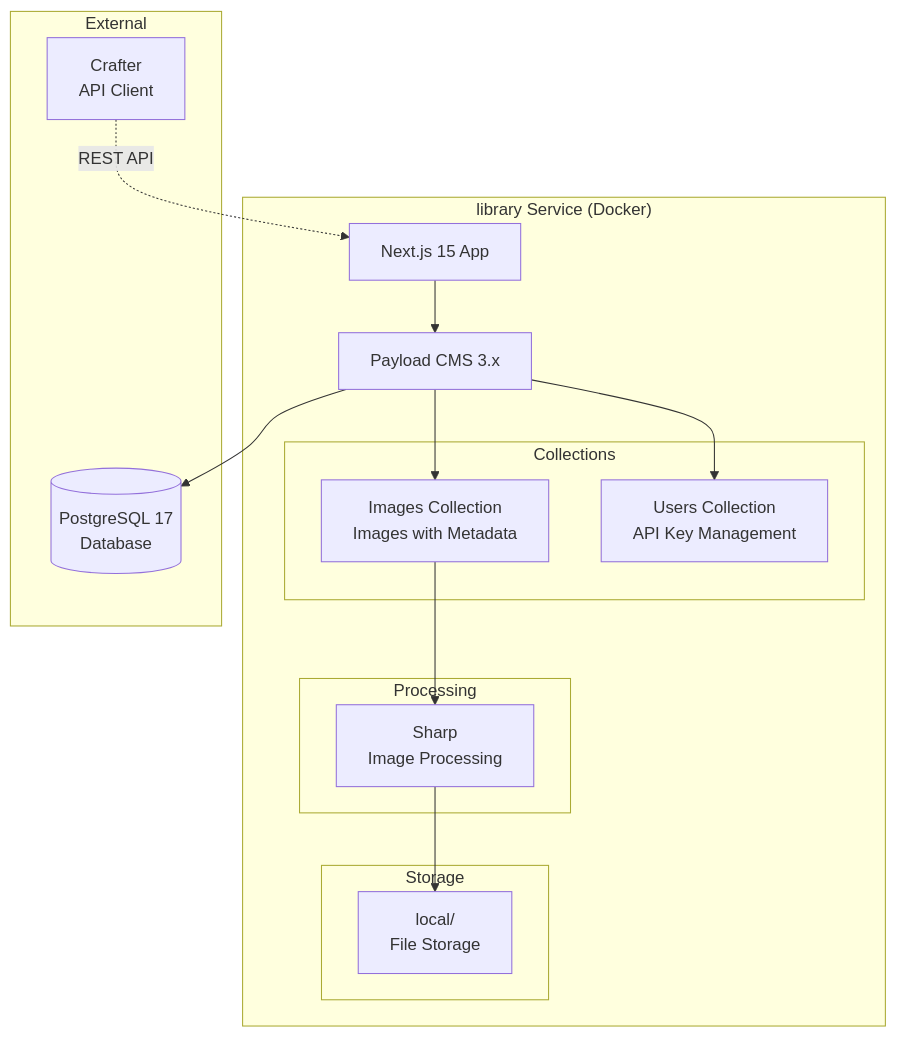
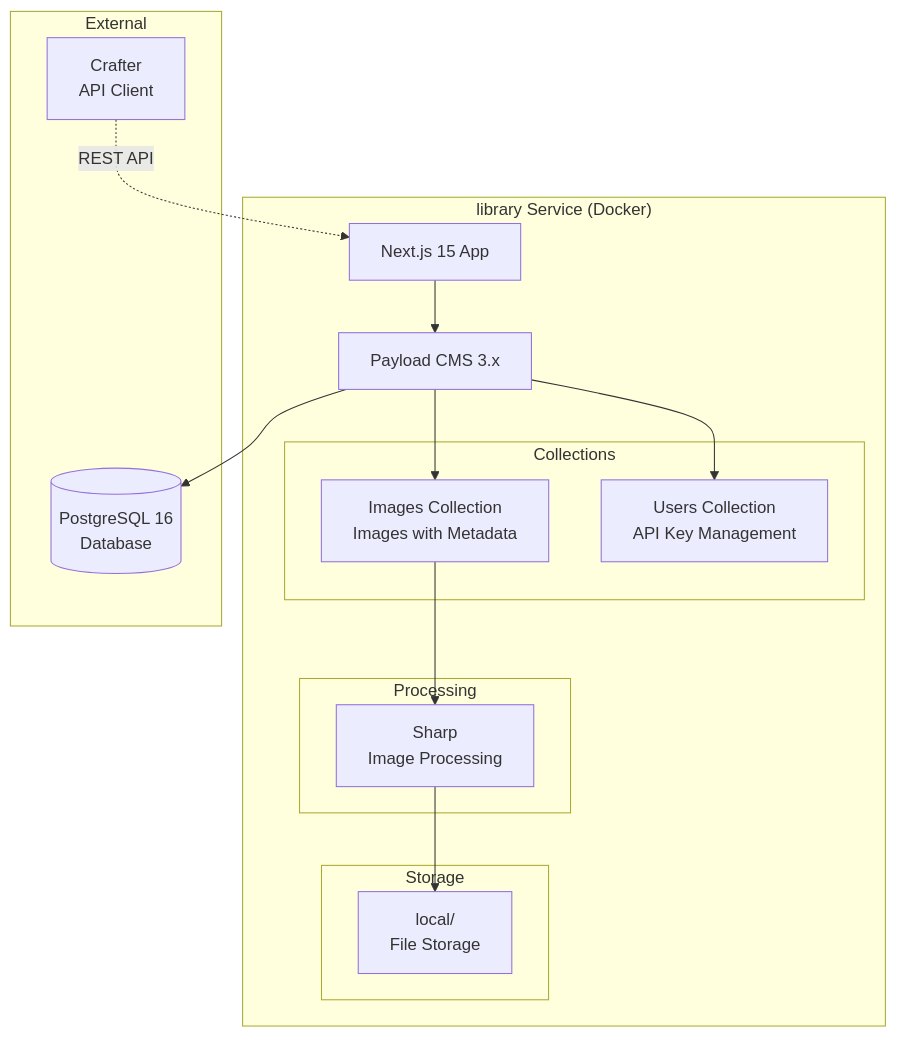
The seventh of 8 diagrams in apps/docs/src/arc42/05-building-block-view.md (mainzcript/ujl), drawn with Mermaid before and after one commit. The commit also changed other lines of this file and 10 other files, not shown here.

Commit message:
refactor: update architecture documentation to clarify UJL's structure, including detailed descriptions of content and design separation, image storage strategies, and the role of the Crafter in editor workflows, while enhancing overall clarity and consistency across sections

````diff
--- a/apps/docs/src/arc42/05-building-block-view.md
+++ b/apps/docs/src/arc42/05-building-block-view.md
@@ -1042,35 +985,35 @@
 ```mermaid
 graph TB
     subgraph "library Service (Docker)"
         NextApp[Next.js 15 App]
         PayloadCMS[Payload CMS 3.x]
 
         subgraph "Collections"
             ImagesCollection[Images Collection<br/>Images with Metadata]
             UsersCollection[Users Collection<br/>API Key Management]
         end
 
         subgraph "Storage"
             LocalStorage[local/<br/>File Storage]
         end
 
         subgraph "Processing"
             Sharp[Sharp<br/>Image Processing]
         end
     end
 
-    subgraph "External"
-        PostgreSQL[(PostgreSQL 17<br/>Database)]
-        Crafter[Crafter<br/>API Client]
-    end
+	    subgraph "External"
+	        PostgreSQL[(PostgreSQL 16<br/>Database)]
+	        Crafter[Crafter<br/>API Client]
+	    end
 
     NextApp --> PayloadCMS
     PayloadCMS --> ImagesCollection
     PayloadCMS --> UsersCollection
     PayloadCMS --> PostgreSQL
 
     ImagesCollection --> Sharp
     Sharp --> LocalStorage
 
     Crafter -.->|REST API| NextApp
 ```
````
